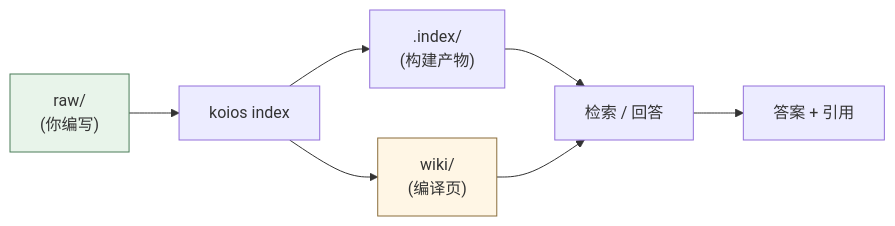
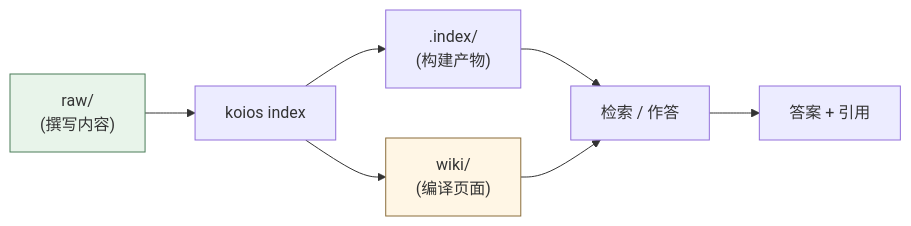
One commit to DeepTrial/KoiosBase changed the first of 3 diagrams in README.md. Above: the diagram before and after it, drawn with Mermaid. The commit also changed other lines of this file and 5 other files, not shown here.

````diff
--- a/README.md
+++ b/README.md
@@ -31,11 +31,11 @@
 ```mermaid
 flowchart LR
-    A["raw/<br/>(你编写)"] --> B["koios index"]
+    A["raw/<br/>(撰写内容)"] --> B["koios index"]
     B --> C[".index/<br/>(构建产物)"]
-    C --> D["检索 / 回答"]
+    C --> D["检索 / 作答"]
     D --> E["答案 + 引用"]
-    B --> F["wiki/<br/>(编译页)"]
+    B --> F["wiki/<br/>(编译页面)"]
     F --> D
     style A fill:#e8f4ea,stroke:#4a7c59
     style F fill:#fff6e5,stroke:#8a6d3b
 ```
````
